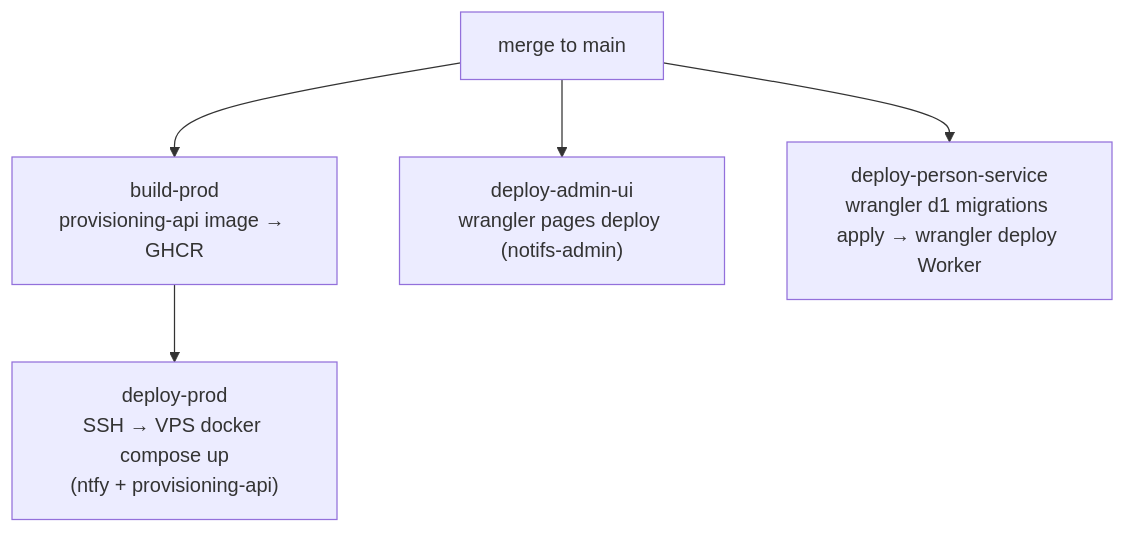
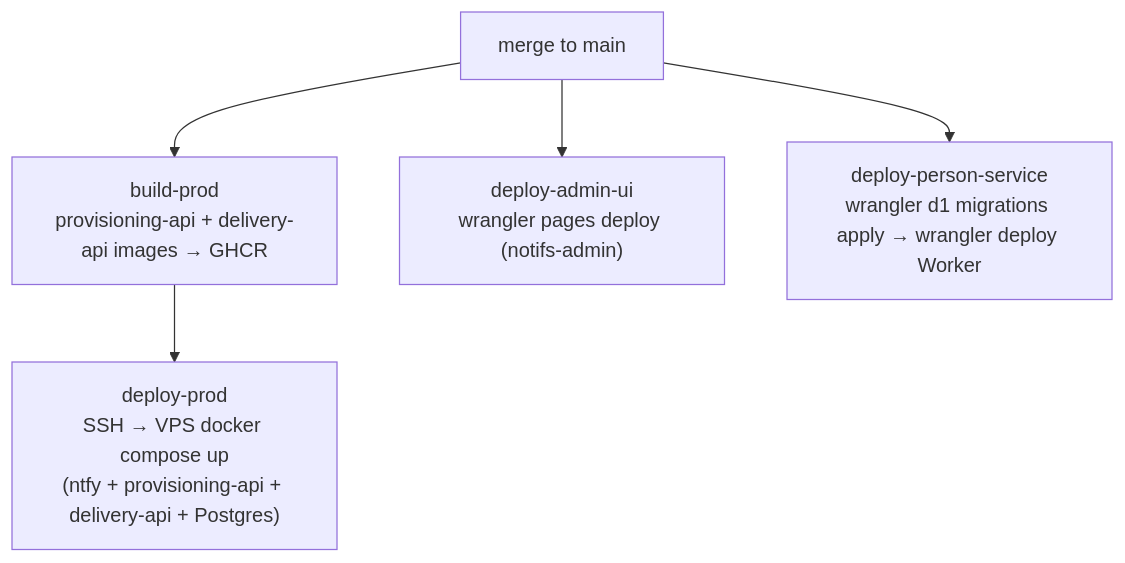
The fourth of 4 diagrams in ARCHITECTURE.md (4IRL/4irl-notifs), drawn with Mermaid before and after one commit. The commit also changed other lines of this file and 55 other files, not shown here.

First line of the commit message:
[backend] Add delivery-api service skeleton with Postgres, migrations runner and prod deploy wiring (#36)

````diff
--- a/ARCHITECTURE.md
+++ b/ARCHITECTURE.md
@@ -305,7 +307,7 @@
 ```mermaid
 graph TD
-  M["merge to main"] --> B["build-prod<br/>provisioning-api image → GHCR"]
-  B --> D1J["deploy-prod<br/>SSH → VPS docker compose up<br/>(ntfy + provisioning-api)"]
+  M["merge to main"] --> B["build-prod<br/>provisioning-api + delivery-api images → GHCR"]
+  B --> D1J["deploy-prod<br/>SSH → VPS docker compose up<br/>(ntfy + provisioning-api + delivery-api + Postgres)"]
   M --> D2["deploy-admin-ui<br/>wrangler pages deploy (notifs-admin)"]
   M --> D3["deploy-person-service<br/>wrangler d1 migrations apply → wrangler deploy Worker"]
 ```
````
